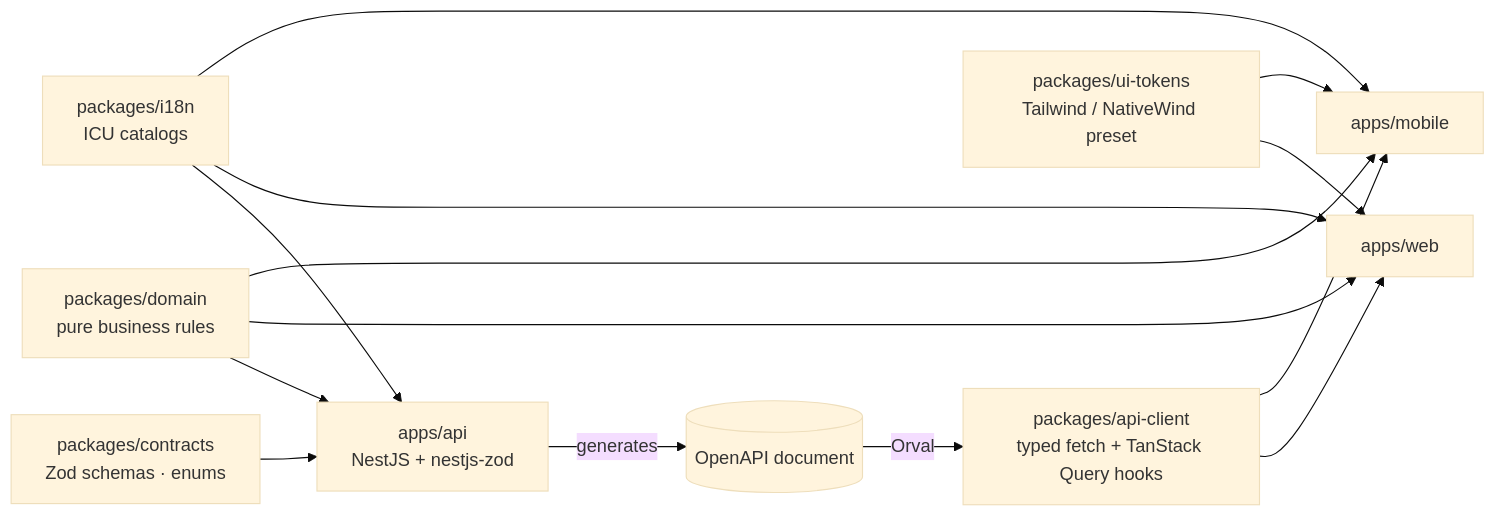
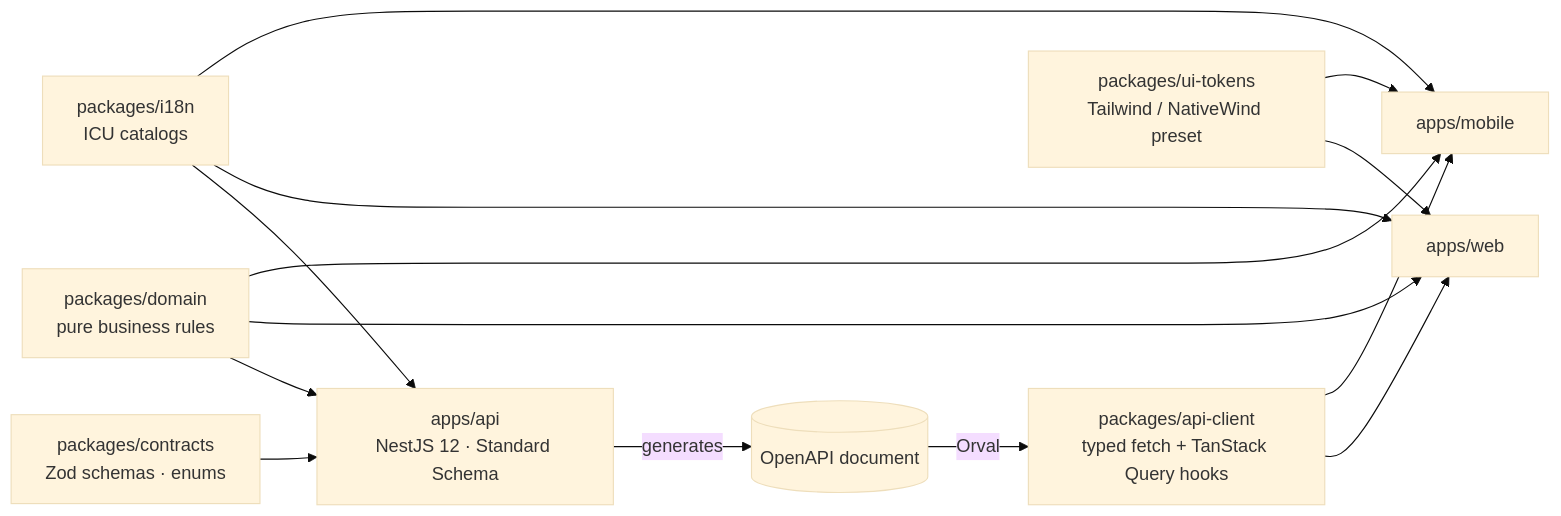
The diagram in docs/tech/00-tech-stack.md (mathiramilo/football-club-management), drawn with Mermaid (base theme) before and after one commit. The commit also changed other lines of this file and 26 other files, not shown here.

First line of the commit message:
chore(api): scaffold the NestJS 12 API with a health check (TECH-01)

````diff
--- a/docs/tech/00-tech-stack.md
+++ b/docs/tech/00-tech-stack.md
@@ -97,16 +97,16 @@
 ```mermaid
 flowchart LR
-  C[packages/contracts<br/>Zod schemas · enums] --> API[apps/api<br/>NestJS + nestjs-zod]
+  C[packages/contracts<br/>Zod schemas · enums] --> API[apps/api<br/>NestJS 12 · Standard Schema]
   API -->|generates| OAS[(OpenAPI document)]
   OAS -->|Orval| CL[packages/api-client<br/>typed fetch + TanStack Query hooks]
   CL --> W[apps/web]
   CL --> M[apps/mobile]
   D[packages/domain<br/>pure business rules] --> API
   D --> W
   D --> M
   I[packages/i18n<br/>ICU catalogs] --> API
   I --> W
   I --> M
   T[packages/ui-tokens<br/>Tailwind / NativeWind preset] --> W
   T --> M
 ```
````
